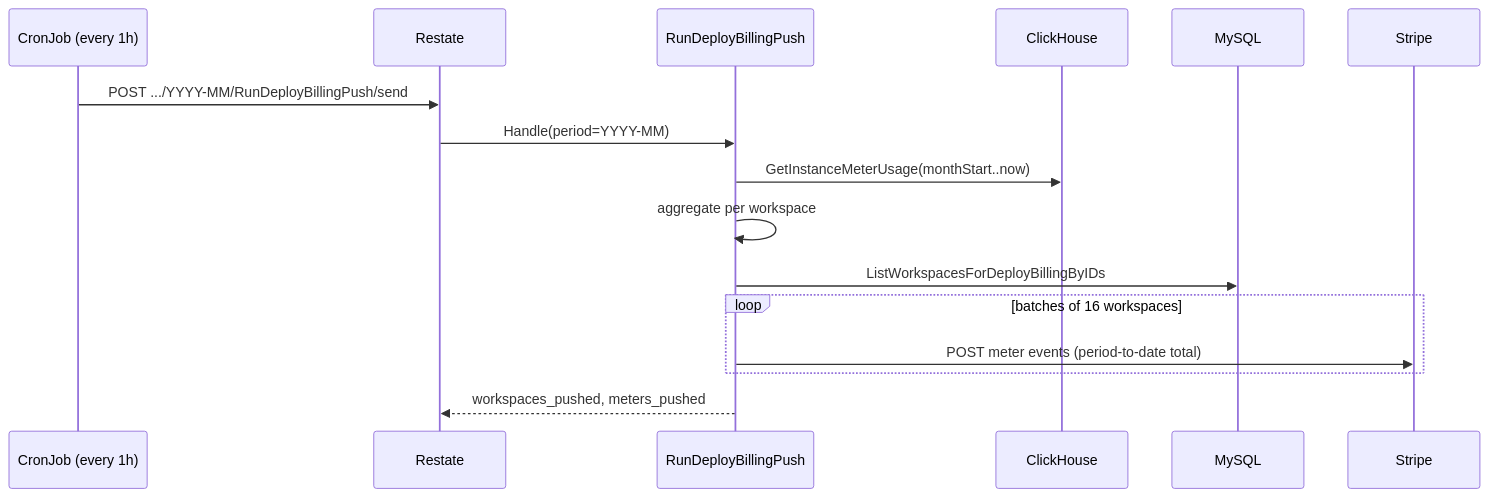
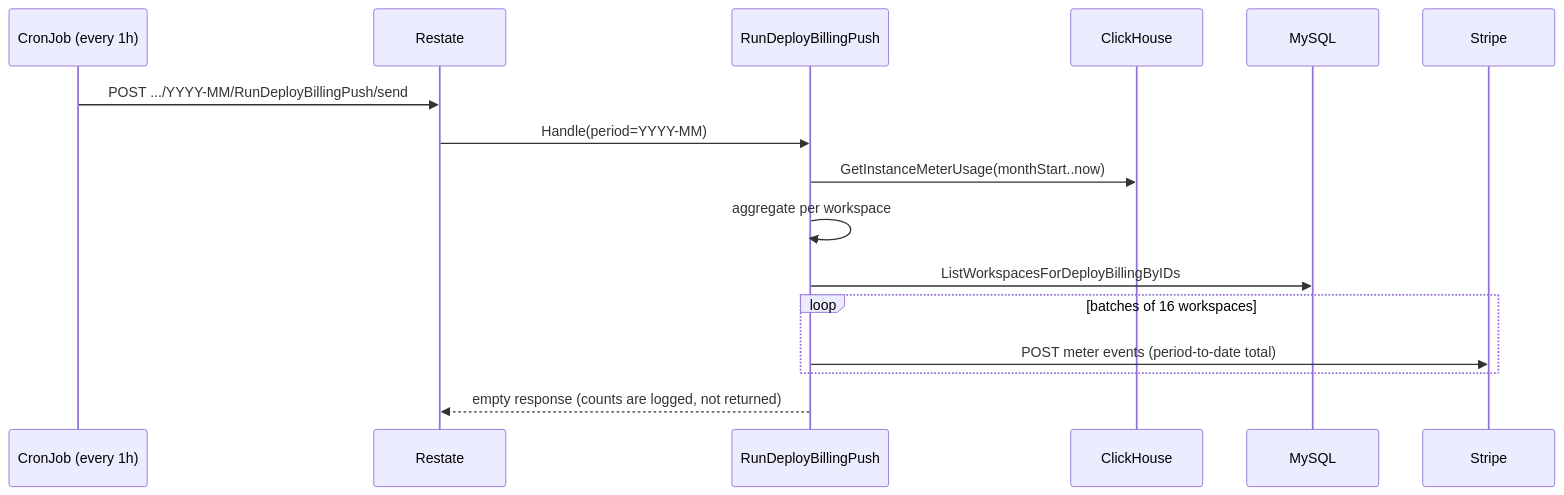
Before and after one commit to unkeyed/unkey: the diagram in docs/engineering/architecture/services/control-plane/worker/workflows/deploy-billing.mdx, drawn with Mermaid. The commit also changed other lines of this file, not shown here.

Commit message:
docs(ctrl): align deploy-billing doc with disabled-workspace billing and empty response

````diff
--- a/docs/engineering/architecture/services/control-plane/worker/workflows/deploy-billing.mdx
+++ b/docs/engineering/architecture/services/control-plane/worker/workflows/deploy-billing.mdx
@@ -23,19 +23,19 @@
 ```mermaid
 sequenceDiagram
     participant Cron as CronJob (every 1h)
     participant Restate
     participant Handler as RunDeployBillingPush
     participant CH as ClickHouse
     participant MySQL
     participant Stripe
 
     Cron->>Restate: POST .../YYYY-MM/RunDeployBillingPush/send
     Restate->>Handler: Handle(period=YYYY-MM)
     Handler->>CH: GetInstanceMeterUsage(monthStart..now)
     Handler->>Handler: aggregate per workspace
     Handler->>MySQL: ListWorkspacesForDeployBillingByIDs
     loop batches of 16 workspaces
         Handler->>Stripe: POST meter events (period-to-date total)
     end
-    Handler-->>Restate: workspaces_pushed, meters_pushed
+    Handler-->>Restate: empty response (counts are logged, not returned)
 ```
````
